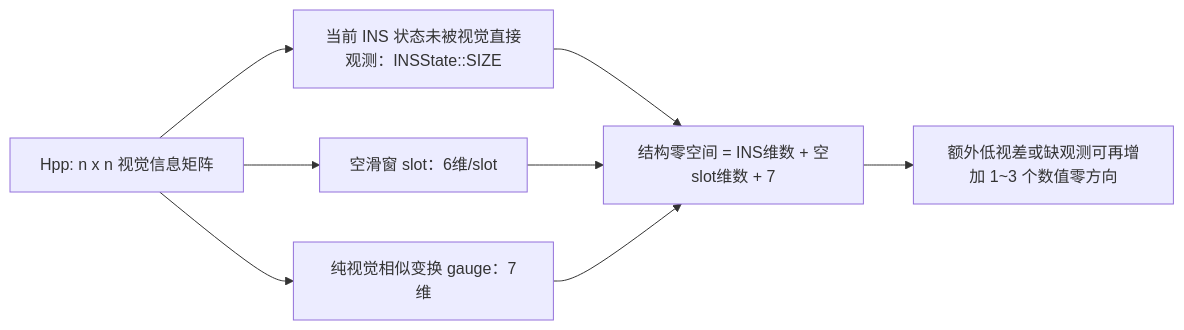
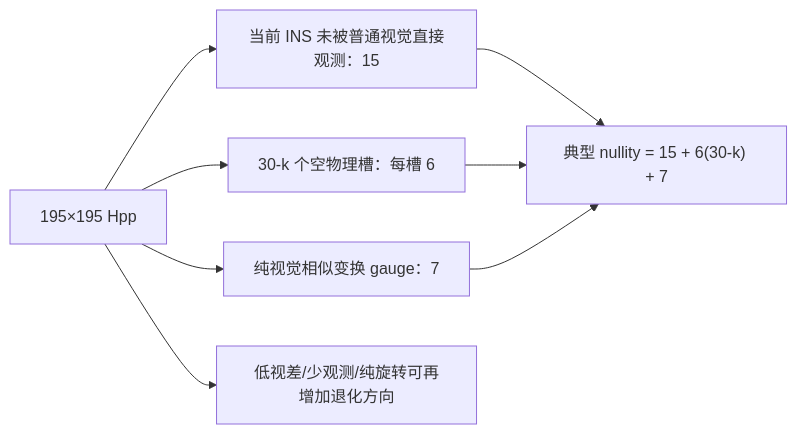
The diagram in docs/HPP_NULLSPACE.md (CainHu/SchurVIO), drawn with Mermaid before and after one commit. The commit also changed other lines of this file and 26 other files, not shown here.

````diff
--- a/docs/HPP_NULLSPACE.md
+++ b/docs/HPP_NULLSPACE.md
@@ -10,10 +60,10 @@
-```mermaid
+~~~mermaid
 flowchart LR
-    H["Hpp: n x n 视觉信息矩阵"] --> I["当前 INS 状态未被视觉直接观测：INSState::SIZE"]
-    H --> E["空滑窗 slot：6维/slot"]
-    H --> G["纯视觉相似变换 gauge：7维"]
-    I --> N["结构零空间 = INS维数 + 空slot维数 + 7"]
+    H["195×195 Hpp"] --> I["当前 INS 未被普通视觉直接观测：15"]
+    H --> E["30-k 个空物理槽：每槽 6"]
+    H --> G["纯视觉相似变换 gauge：7"]
+    I --> N["典型 nullity = 15 + 6(30-k) + 7"]
     E --> N
     G --> N
-    N --> D["额外低视差或缺观测可再增加 1~3 个数值零方向"]
-```
+    H --> D["低视差/少观测/纯旋转可再增加退化方向"]
+~~~
````
